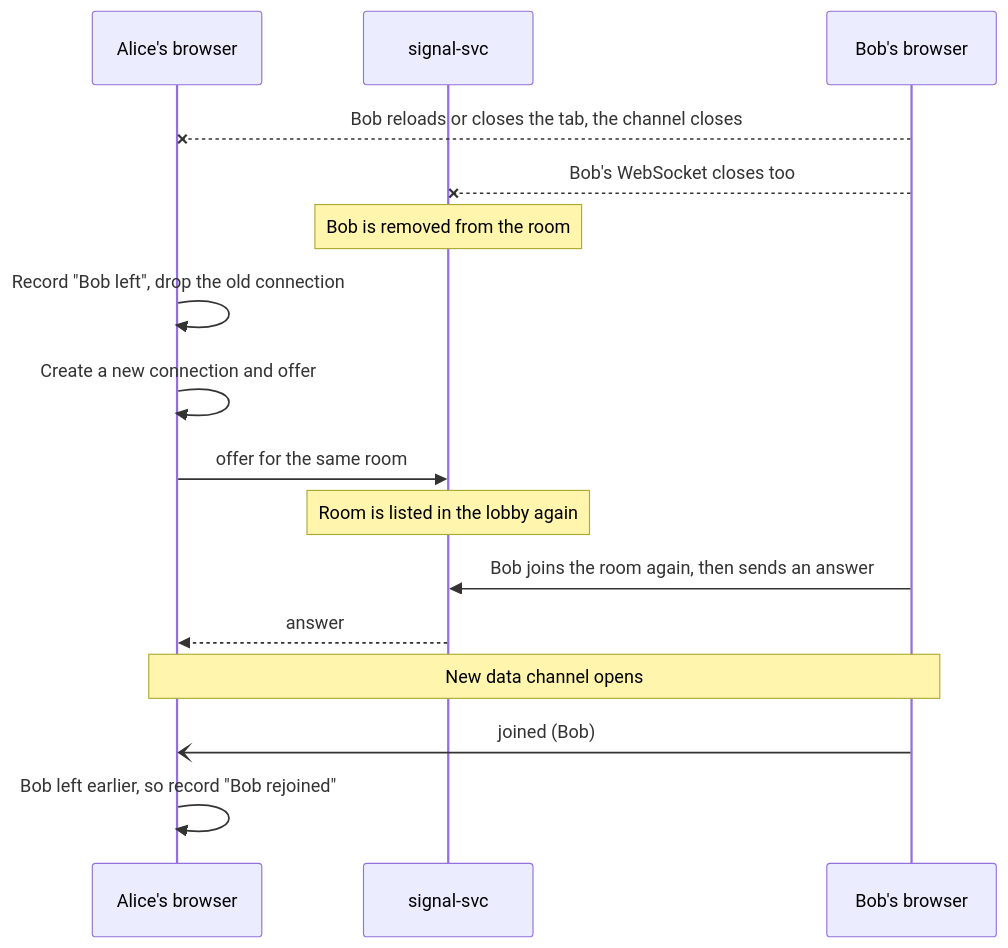
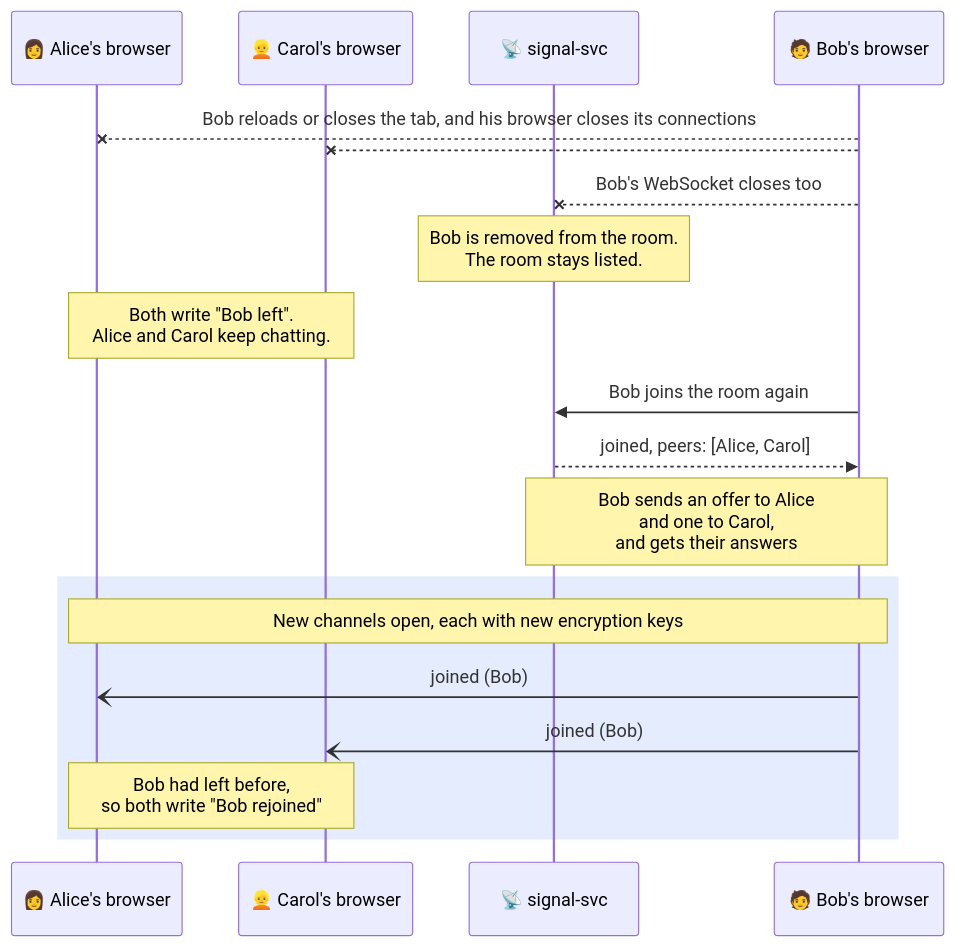
Diagram 15 of 24 in README.md (LitHaxor/webRTC-mesh-chat), drawn with Mermaid before and after one commit. The commit also changed other lines of this file and 14 other files, not shown here.

Commit message:
Rewrite the README with charts, screenshots and recordings

````diff
--- a/README.md
+++ b/README.md
@@ -148,19 +718,22 @@
 ```mermaid
 sequenceDiagram
-  participant A as Alice's browser
-  participant S as signal-svc
-  participant B as Bob's browser
+  participant A as 👩 Alice's browser
+  participant C as 👱 Carol's browser
+  participant S as 📡 signal-svc
+  participant B as 🧑 Bob's browser
 
-  B--xA: Bob reloads or closes the tab, the channel closes
+  B--xA: Bob reloads or closes the tab, and his browser closes its connections
+  B--xC:
   B--xS: Bob's WebSocket closes too
-  Note over S: Bob is removed from the room
-  A->>A: Record "Bob left", drop the old connection
-  A->>A: Create a new connection and offer
-  A->>S: offer for the same room
-  Note over S: Room is listed in the lobby again
-  B->>S: Bob joins the room again, then sends an answer
-  S-->>A: answer
-  Note over A,B: New data channel opens
-  B-)A: joined (Bob)
-  A->>A: Bob left earlier, so record "Bob rejoined"
+  Note over S: Bob is removed from the room.<br/>The room stays listed.
+  Note over A,C: Both write "Bob left".<br/>Alice and Carol keep chatting.
+  B->>S: Bob joins the room again
+  S-->>B: joined, peers: [Alice, Carol]
+  Note over S,B: Bob sends an offer to Alice<br/>and one to Carol,<br/>and gets their answers
+  rect rgba(37, 99, 235, 0.12)
+    Note over A,B: New channels open, each with new encryption keys
+    B-)A: joined (Bob)
+    B-)C: joined (Bob)
+    Note over A,C: Bob had left before,<br/>so both write "Bob rejoined"
+  end
 ```
````
